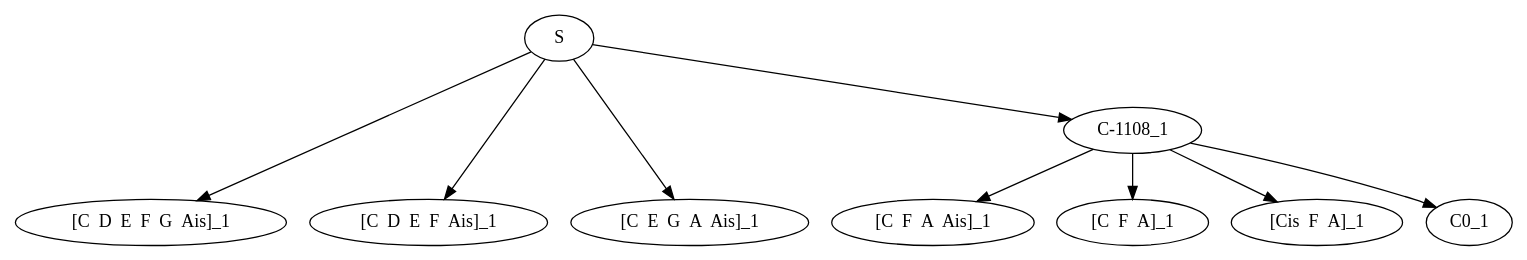
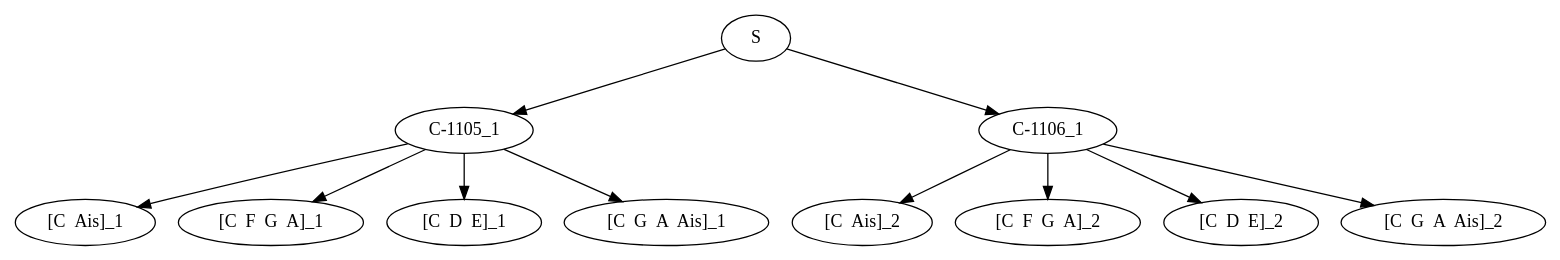
Before and after one commit to dousu/MAILM: the diagram in RESULT/dot/generation_1_utterance_2.dot, drawn with Graphviz. The commit also changed 45 other files, not shown here.

```diff
--- a/RESULT/dot/generation_1_utterance_2.dot
+++ b/RESULT/dot/generation_1_utterance_2.dot
@@ -1,15 +1,16 @@
 digraph sample{
-"S" -> "[C  D  E  F  G  Ais]_1";
-"S" -> "[C  D  E  F  Ais]_1";
-"S" -> "[C  E  G  A  Ais]_1";
-"S" -> "C-1108_1";
-"C-1108_1" -> "[C  F  A  Ais]_1";
-"C-1108_1" -> "[C  F  A]_1";
-"C-1108_1" -> "[Cis  F  A]_1";
-"C-1108_1" -> "C0_1";
+"S" -> "C-1105_1";
+"C-1105_1" -> "[C  Ais]_1";
+"C-1105_1" -> "[C  F  G  A]_1";
+"C-1105_1" -> "[C  D  E]_1";
+"C-1105_1" -> "[C  G  A  Ais]_1";
+"S" -> "C-1106_1";
+"C-1106_1" -> "[C  Ais]_2";
+"C-1106_1" -> "[C  F  G  A]_2";
+"C-1106_1" -> "[C  D  E]_2";
+"C-1106_1" -> "[C  G  A  Ais]_2";
 
 {rank = min; "S";}
-{rank = same; "C-1108_1";}
-{rank = same; "C0_1";}
-{rank = same; "[C  D  E  F  Ais]_1"; "[C  D  E  F  G  Ais]_1"; "[C  E  G  A  Ais]_1"; "[C  F  A  Ais]_1"; "[C  F  A]_1"; "[Cis  F  A]_1";}
+{rank = same; "C-1105_1"; "C-1106_1";}
+{rank = same; "[C  Ais]_1"; "[C  Ais]_2"; "[C  D  E]_1"; "[C  D  E]_2"; "[C  F  G  A]_1"; "[C  F  G  A]_2"; "[C  G  A  Ais]_1"; "[C  G  A  Ais]_2";}
 }
```
